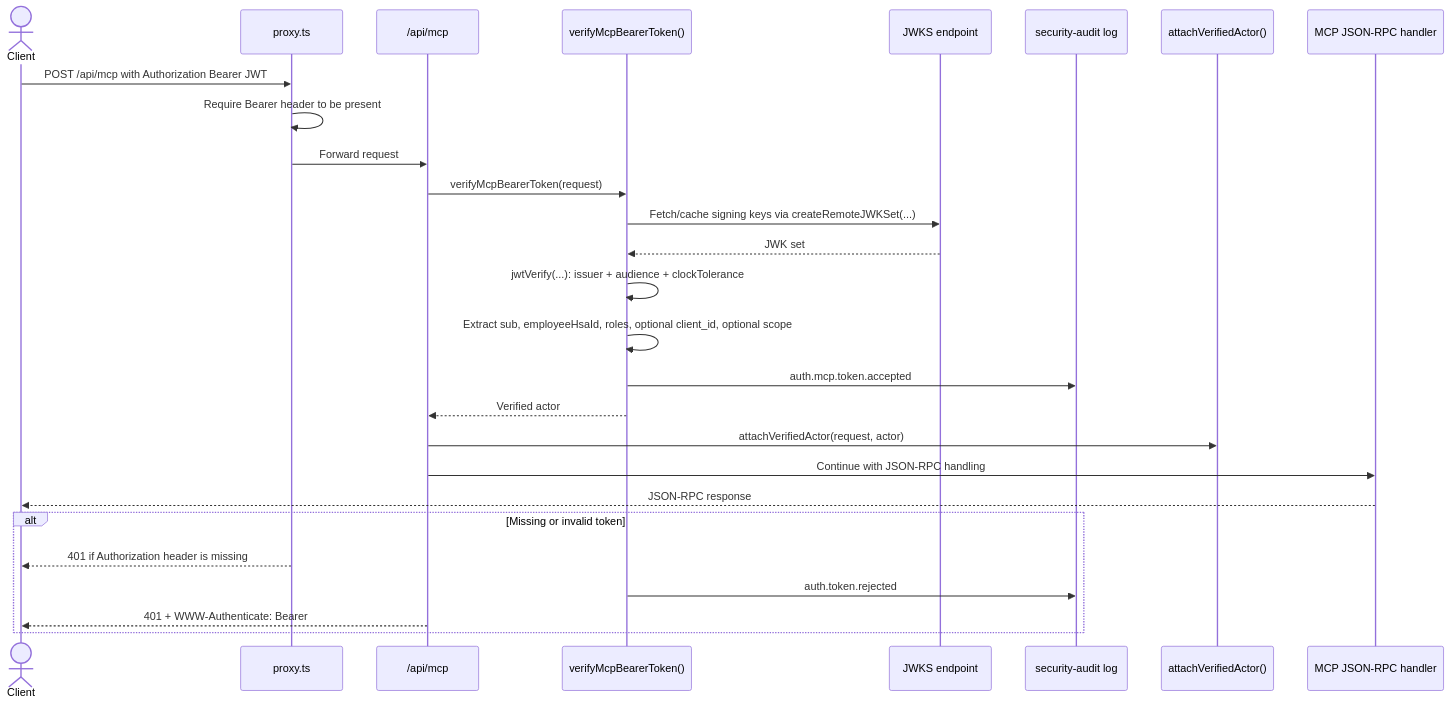
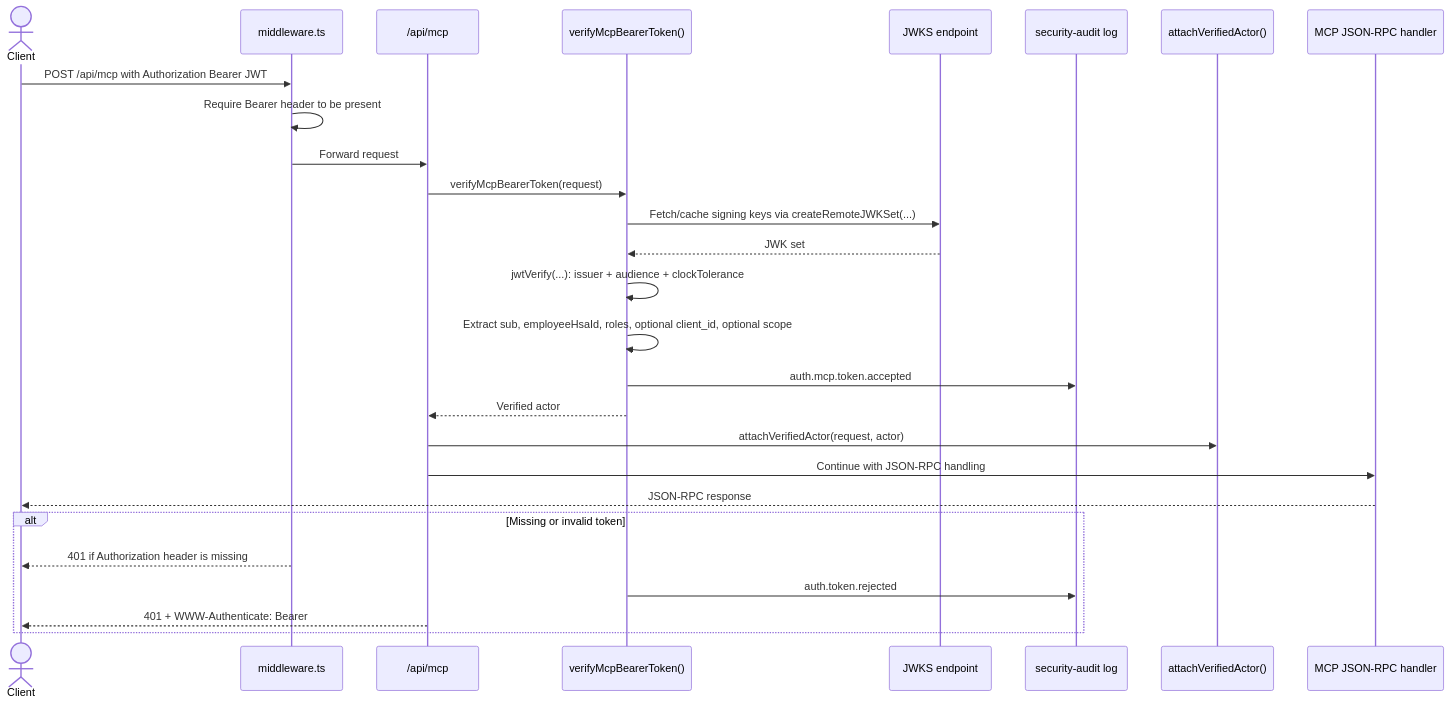
Before and after one commit to viscalyx/Kravhantering: the second of 3 diagrams in docs/auth-how-it-works.md, drawn with Mermaid. The commit also changed other lines of this file and 43 other files, not shown here.

````diff
--- a/docs/auth-how-it-works.md
+++ b/docs/auth-how-it-works.md
@@ -141,31 +141,31 @@
 ```mermaid
 sequenceDiagram
     actor Client
-    participant Proxy as proxy.ts
+    participant Middleware as middleware.ts
     participant Route as /api/mcp
     participant Verify as verifyMcpBearerToken()
     participant JWKS as JWKS endpoint
     participant Audit as security-audit log
     participant Attach as attachVerifiedActor()
     participant Handler as MCP JSON-RPC handler
 
-    Client->>Proxy: POST /api/mcp with Authorization Bearer JWT
-    Proxy->>Proxy: Require Bearer header to be present
-    Proxy->>Route: Forward request
+    Client->>Middleware: POST /api/mcp with Authorization Bearer JWT
+    Middleware->>Middleware: Require Bearer header to be present
+    Middleware->>Route: Forward request
     Route->>Verify: verifyMcpBearerToken(request)
     Verify->>JWKS: Fetch/cache signing keys via createRemoteJWKSet(...)
     JWKS-->>Verify: JWK set
     Verify->>Verify: jwtVerify(...): issuer + audience + clockTolerance
     Verify->>Verify: Extract sub, employeeHsaId, roles, optional client_id, optional scope
     Verify->>Audit: auth.mcp.token.accepted
     Verify-->>Route: Verified actor
     Route->>Attach: attachVerifiedActor(request, actor)
     Route->>Handler: Continue with JSON-RPC handling
     Handler-->>Client: JSON-RPC response
 
     alt Missing or invalid token
-        Proxy-->>Client: 401 if Authorization header is missing
+        Middleware-->>Client: 401 if Authorization header is missing
         Verify->>Audit: auth.token.rejected
         Route-->>Client: 401 + WWW-Authenticate: Bearer
     end
 ```
````
